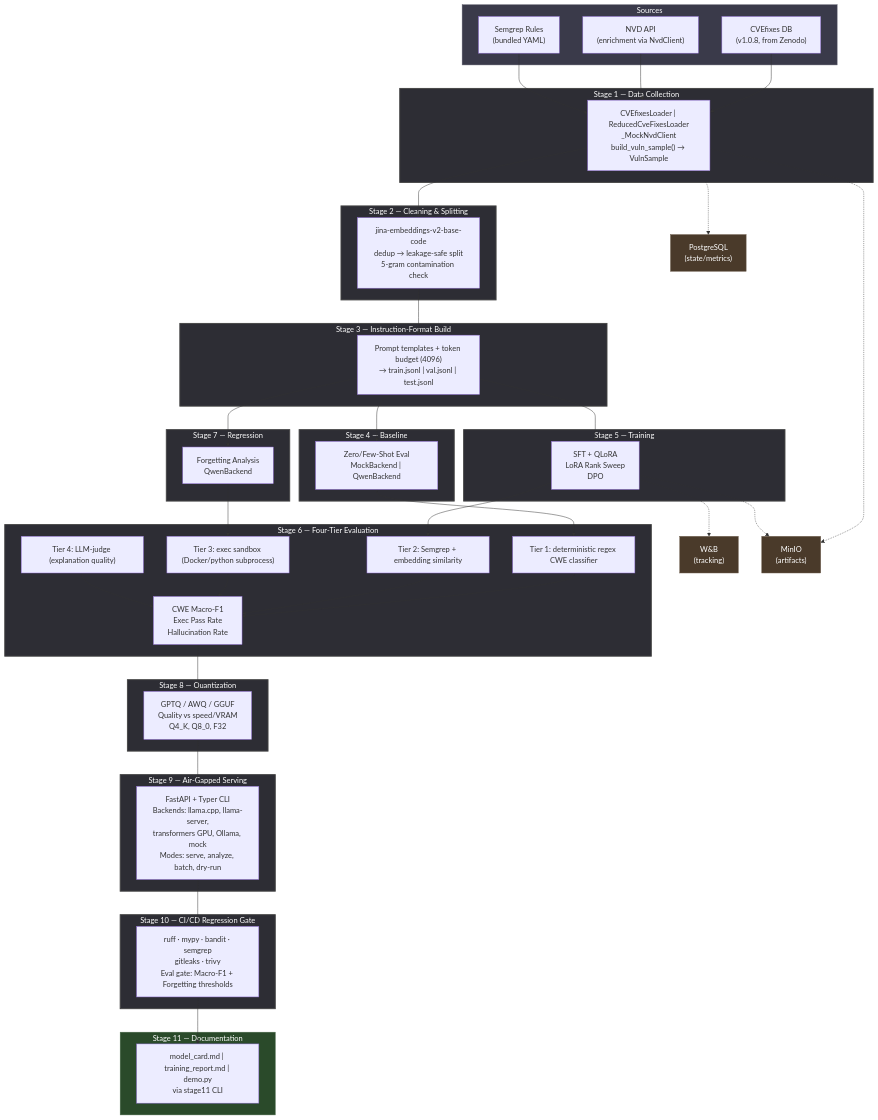
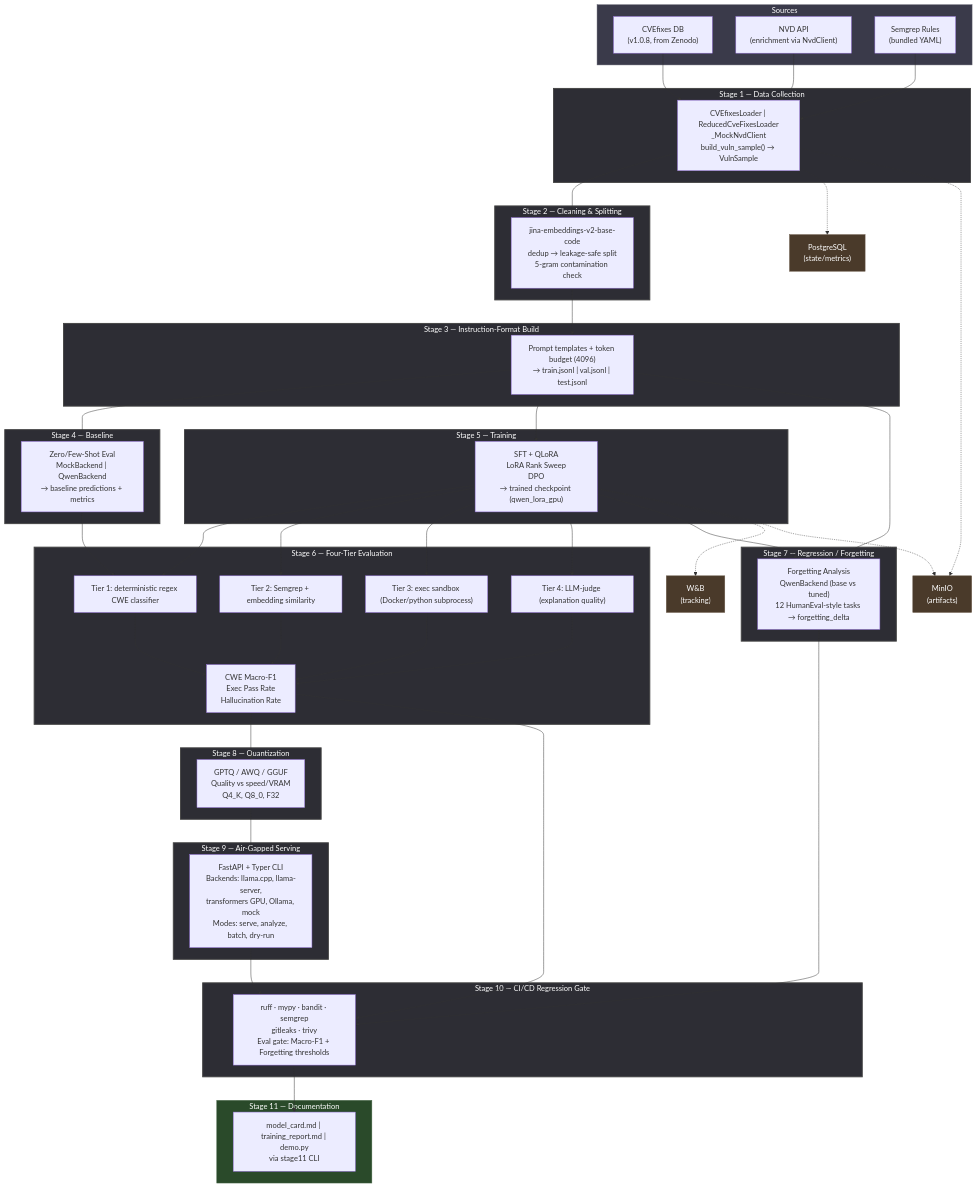
One commit to Hasan26ozcan/vuln-triage-harness changed the diagram in README.md. Above: the diagram before and after it, drawn with Mermaid. The commit also changed other lines of this file, not shown here.

Commit message:
readme update

```diff
--- a/README.md
+++ b/README.md
@@ -192,15 +192,11 @@
     end
 
     subgraph Stage4["Stage 4 — Baseline"]
-        S4["Zero/Few-Shot Eval<br/>MockBackend | QwenBackend"]
+        S4["Zero/Few-Shot Eval<br/>MockBackend | QwenBackend<br/>→ baseline predictions + metrics"]
     end
 
     subgraph Stage5["Stage 5 — Training"]
-        S5["SFT + QLoRA<br/>LoRA Rank Sweep<br/>DPO"]
-    end
-
-    subgraph Stage7["Stage 7 — Regression"]
-        S7["Forgetting Analysis<br/>QwenBackend"]
+        S5["SFT + QLoRA<br/>LoRA Rank Sweep<br/>DPO<br/>→ trained checkpoint (qwen_lora_gpu)"]
     end
 
     subgraph Stage6["Stage 6 — Four-Tier Evaluation"]
@@ -209,6 +205,10 @@
         S6T3["Tier 3: exec sandbox (Docker/python subprocess)"]
         S6T4["Tier 4: LLM-judge (explanation quality)"]
         S6Metrics["CWE Macro-F1<br/>Exec Pass Rate<br/>Hallucination Rate"]
+    end
+
+    subgraph Stage7["Stage 7 — Regression / Forgetting"]
+        S7["Forgetting Analysis<br/>QwenBackend (base vs tuned)<br/>12 HumanEval-style tasks → forgetting_delta"]
     end
 
     subgraph Stage8["Stage 8 — Quantization"]
@@ -238,17 +238,22 @@
     S2 --> S3
     S3 --> S4
     S3 --> S5
-    S3 --> S7
+    S5 --> S6T1
+    S5 --> S6T2
+    S5 --> S6T3
+    S5 --> S6T4
     S4 --> S6T1
-    S5 --> S6T2
-    S7 --> S6T3
     S6T1 --> S6Metrics
     S6T2 --> S6Metrics
     S6T3 --> S6Metrics
     S6T4 --> S6Metrics
+    S3 --> S7
+    S5 --> S7
     S6Metrics --> S8
     S8 --> S9
     S9 --> S10
+    S7 --> S10
+    S6Metrics --> S10
     S10 --> S11
 
     S1 -.-> Postgres
@@ -261,7 +266,7 @@
     classDef infra fill:#4a3a2a,stroke:#6a5a4a,stroke-width:1px,color:#fff
     classDef sink fill:#2a4a2a,stroke:#4a6a4a,stroke-width:1px,color:#fff
 
-    class Stage1,Stage2,Stage3,Stage4,Stage5,Stage7,Stage6,Stage8,Stage9,Stage10,Stage11 stage
+    class Stage1,Stage2,Stage3,Stage4,Stage5,Stage6,Stage7,Stage8,Stage9,Stage10,Stage11 stage
     class Sources source
     class Postgres,WnB,MinIO infra
     class Stage11 sink
```
